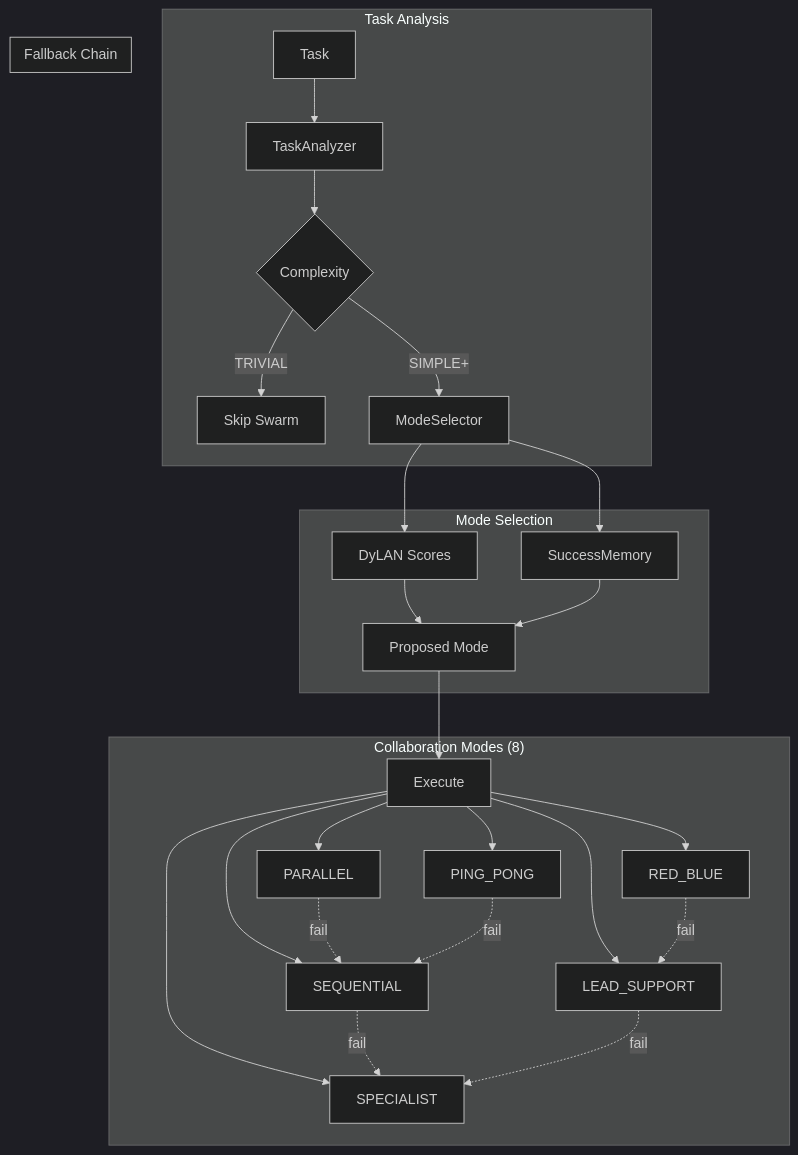
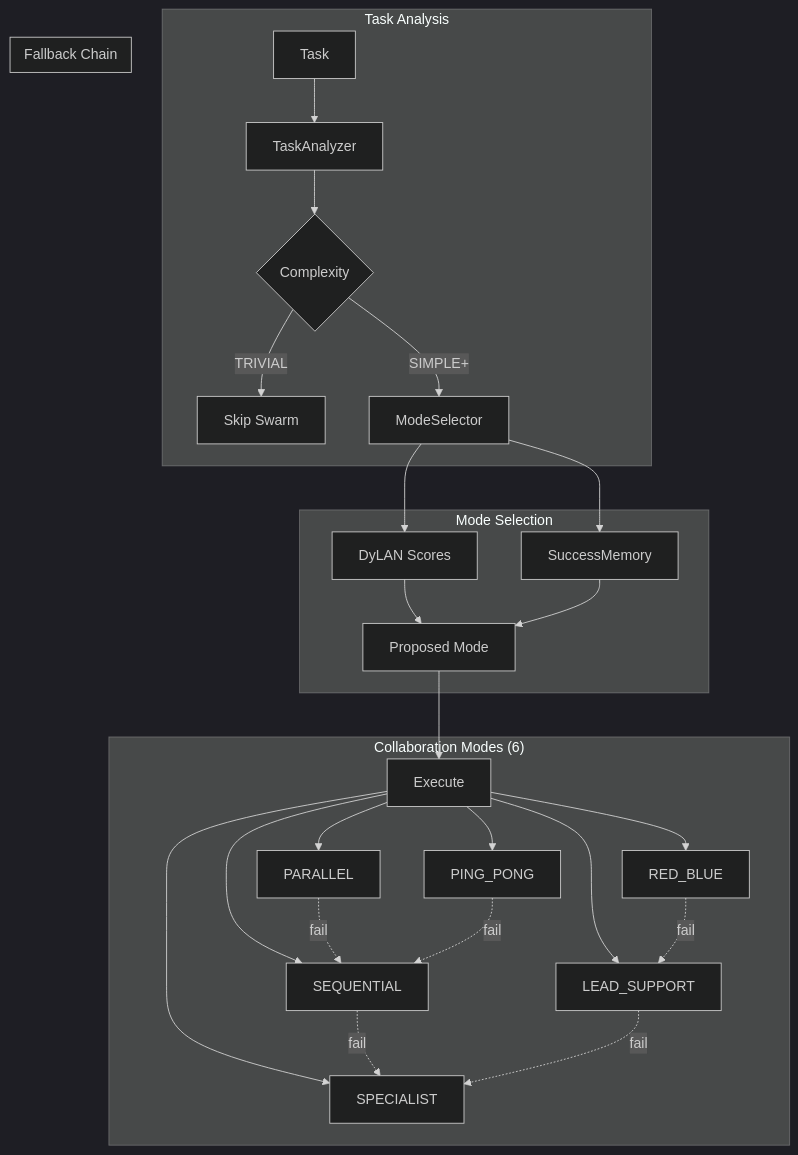
Before and after one commit to yannabadie/NEXUS: the third of 5 diagrams in docs/ARCHITECTURE_MAP_GENERATED.md, drawn with Mermaid (dark theme). The commit also changed other lines of this file and 4 other files, not shown here.

````diff
--- a/docs/ARCHITECTURE_MAP_GENERATED.md
+++ b/docs/ARCHITECTURE_MAP_GENERATED.md
@@ -158,35 +120,35 @@
 ```mermaid
 graph TD
     subgraph Analysis["Task Analysis"]
         TASK[Task] --> ANALYZER[TaskAnalyzer]
         ANALYZER --> COMPLEXITY{Complexity}
         COMPLEXITY -->|TRIVIAL| SKIP[Skip Swarm]
         COMPLEXITY -->|SIMPLE+| SELECT[ModeSelector]
     end
 
     subgraph Selection["Mode Selection"]
         SELECT --> DYLAN[DyLAN Scores]
         SELECT --> MEMORY[SuccessMemory]
         DYLAN --> PROPOSE[Proposed Mode]
         MEMORY --> PROPOSE
     end
 
-    subgraph Modes["Collaboration Modes (8)"]
+    subgraph Modes["Collaboration Modes (6)"]
         EXEC[Execute] --> M1[PARALLEL]
         EXEC --> M2[SEQUENTIAL]
         EXEC --> M3[LEAD_SUPPORT]
         EXEC --> M4[PING_PONG]
         EXEC --> M5[SPECIALIST]
         EXEC --> M6[RED_BLUE]
     end
 
     subgraph Fallback["Fallback Chain"]
         M1 -.->|fail| M2
         M2 -.->|fail| M5
         M6 -.->|fail| M3
         M3 -.->|fail| M5
         M4 -.->|fail| M2
     end
 
     PROPOSE --> EXEC
 ```
````
